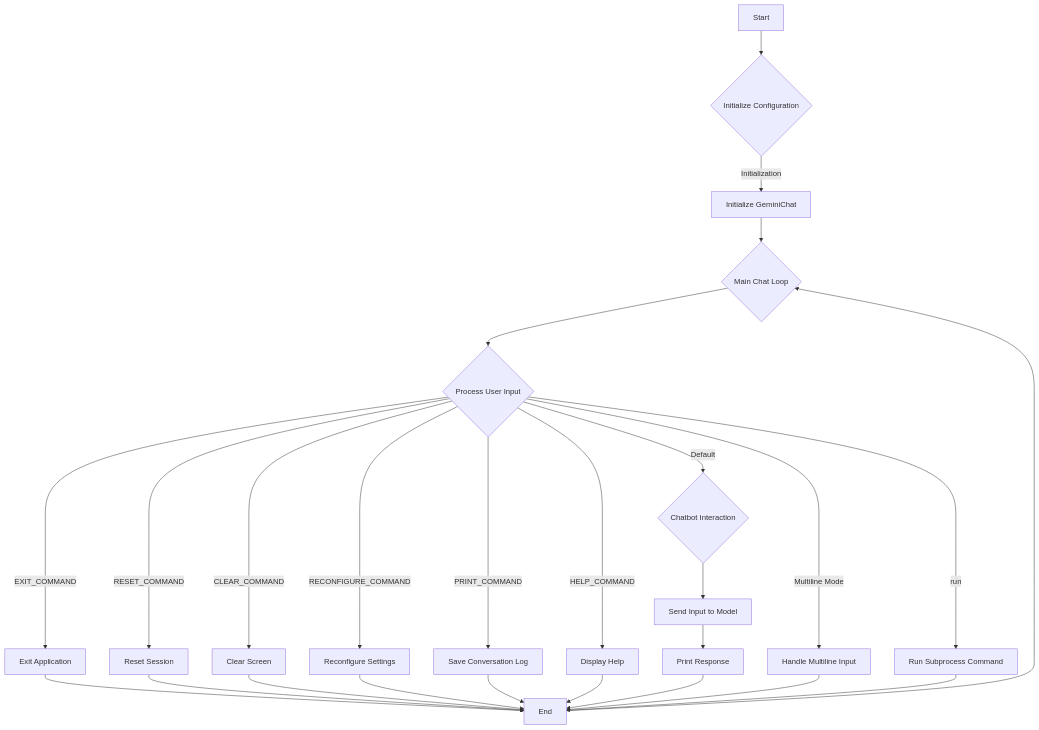
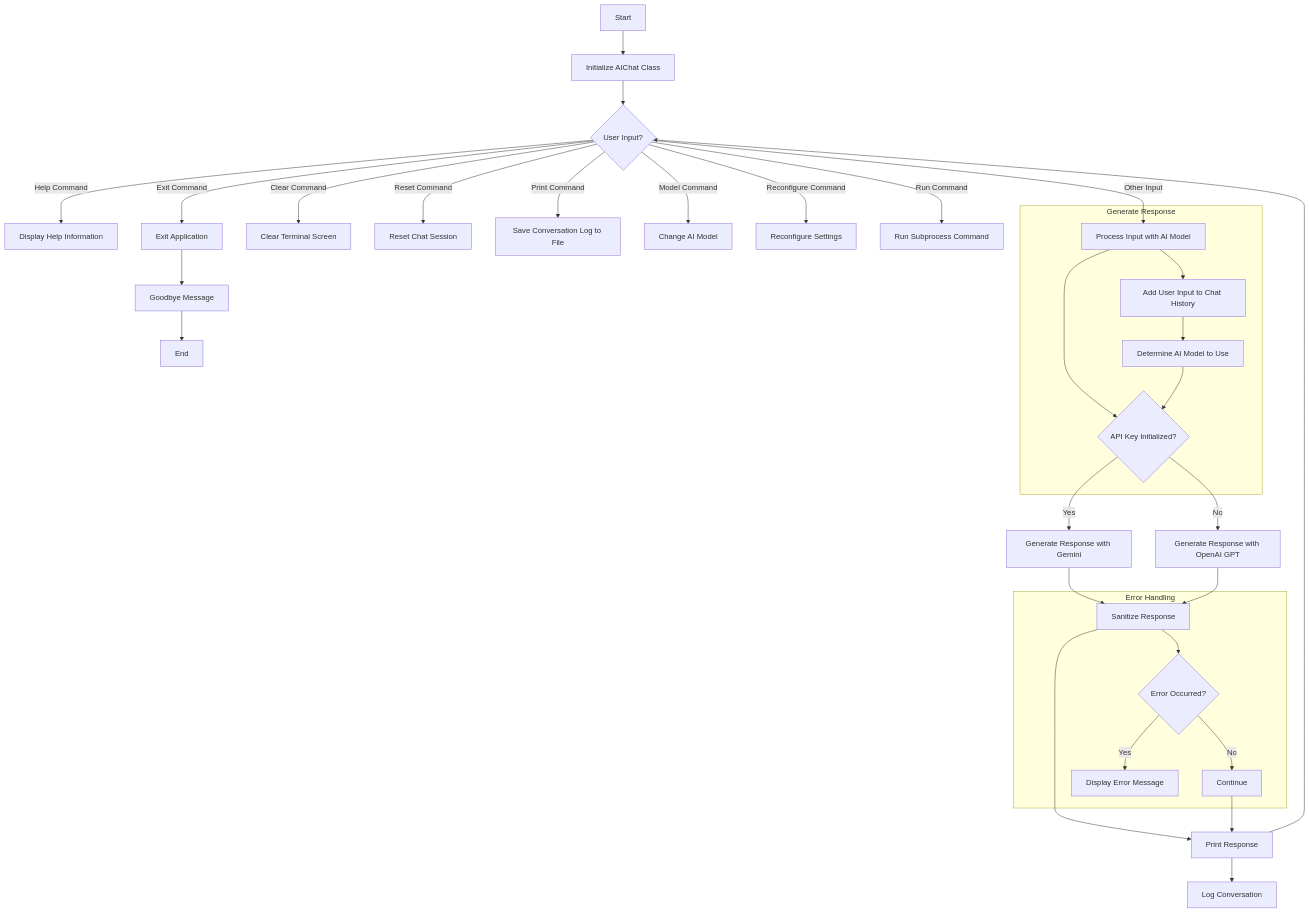
The diagram in README.md (1999AZZAR/frea), drawn with Mermaid before and after one commit. The commit also changed other lines of this file, not shown here.

Commit message:
updated flow

````diff
--- a/README.md
+++ b/README.md
@@ -178,28 +182,41 @@
 ```mermaid
 flowchart TD
-    A[Start] --> B{Initialize Configuration}
-    B -->|Initialization| C[Initialize GeminiChat]
-    C --> D{Main Chat Loop}
-    D --> E{Process User Input}
-    E -->|EXIT_COMMAND| F[Exit Application]
-    E -->|RESET_COMMAND| G[Reset Session]
-    E -->|CLEAR_COMMAND| H[Clear Screen]
-    E -->|RECONFIGURE_COMMAND| I[Reconfigure Settings]
-    E -->|PRINT_COMMAND| J[Save Conversation Log]
-    E -->|HELP_COMMAND| K[Display Help]
-    E -->|Default| L{Chatbot Interaction}
-    L --> M[Send Input to Model]
-    M --> N[Print Response]
-    E -->|Multiline Mode| O[Handle Multiline Input]
-    E -->|run| P[Run Subprocess Command]
-    F --> Q[End]
-    G --> Q
-    H --> Q
-    I --> Q
-    J --> Q
-    K --> Q
-    N --> Q
-    O --> Q
-    P --> Q
-    Q --> D
+    A[Start] --> B[Initialize AIChat Class]
+    B --> C{User Input?}
+    C -- "Help Command" --> D[Display Help Information]
+    C -- "Exit Command" --> E[Exit Application]
+    C -- "Clear Command" --> F[Clear Terminal Screen]
+    C -- "Reset Command" --> G[Reset Chat Session]
+    C -- "Print Command" --> H[Save Conversation Log to File]
+    C -- "Model Command" --> I[Change AI Model]
+    C -- "Reconfigure Command" --> J[Reconfigure Settings]
+    C -- "Run Command" --> K[Run Subprocess Command]
+    C -- "Other Input" --> L[Process Input with AI Model]
+
+    L --> M{API Key Initialized?}
+    M -- "Yes" --> N[Generate Response with Gemini]
+    M -- "No" --> O[Generate Response with OpenAI GPT]
+
+    N --> P[Sanitize Response]
+    O --> P
+    P --> Q[Print Response]
+    Q --> R[Log Conversation]
+    Q --> C
+
+    E --> S[Goodbye Message]
+    S --> T[End]
+
+    subgraph Error Handling
+        P --> U{Error Occurred?}
+        U -- "Yes" --> V[Display Error Message]
+        U -- "No" --> W[Continue]
+    end
+
+    W --> Q
+
+    subgraph Generate Response
+        L --> X[Add User Input to Chat History]
+        X --> Y[Determine AI Model to Use]
+        Y --> M
+    end
 ```
````
